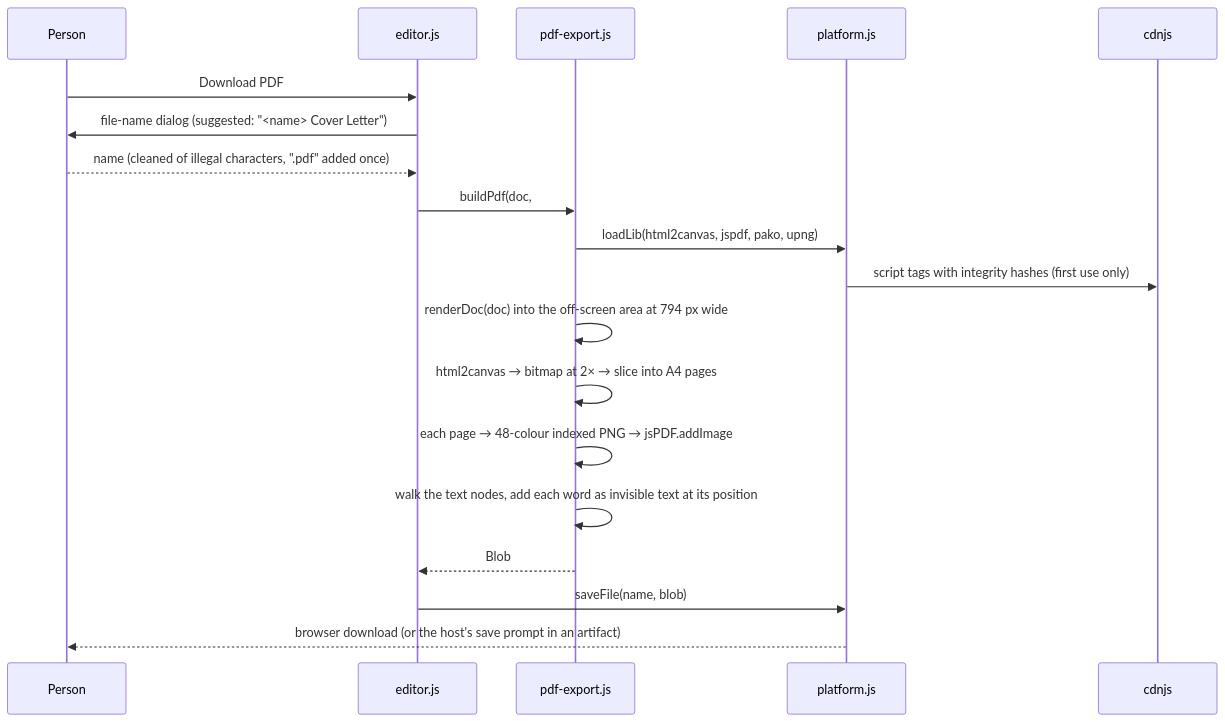
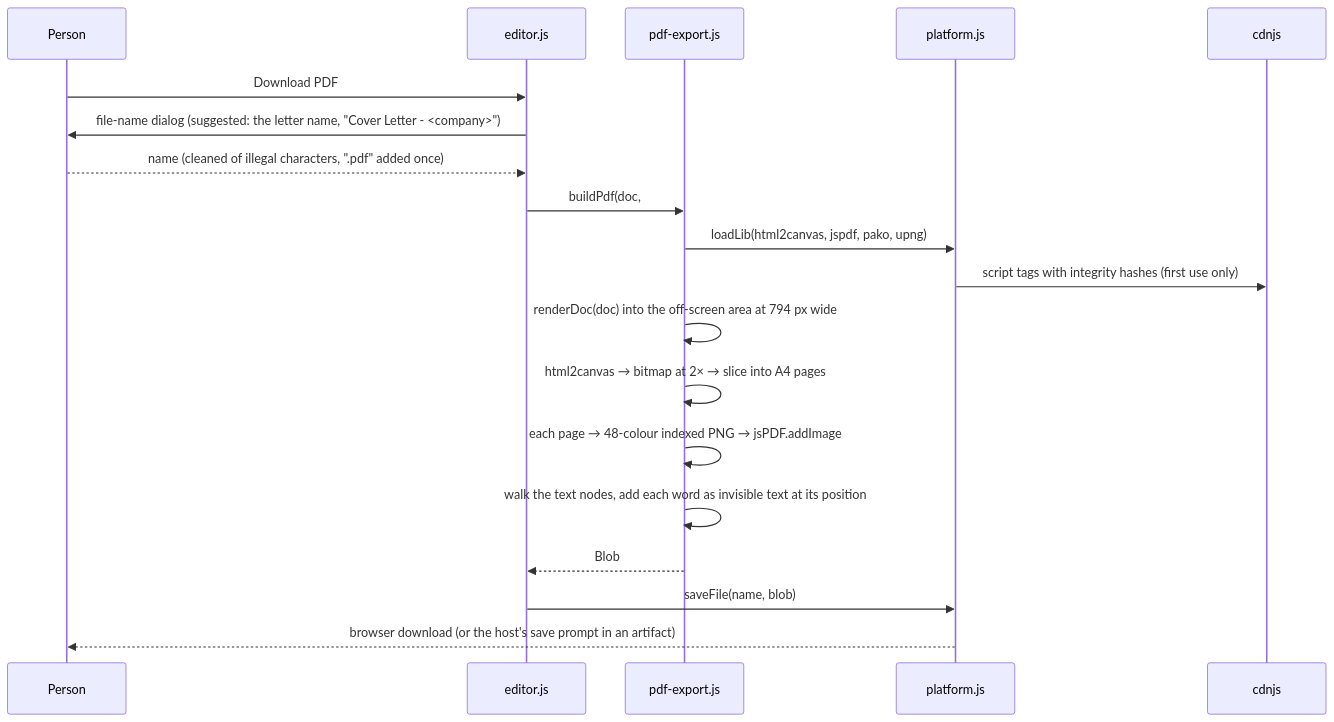
The fourth of 4 diagrams in docs/data-flow.md (GopiKrishnaGummadidala/resume-builder), drawn with Mermaid before and after one commit. The commit also changed 13 other files, not shown here.

````diff
--- a/docs/data-flow.md
+++ b/docs/data-flow.md
@@ -112,21 +112,21 @@
 ```mermaid
 sequenceDiagram
     participant U as Person
     participant E as editor.js
     participant P as pdf-export.js
     participant L as platform.js
     participant C as cdnjs
     U->>E: Download PDF
-    E->>U: file-name dialog (suggested: "<name> Cover Letter")
+    E->>U: file-name dialog (suggested: the letter name, "Cover Letter - <company>")
     U-->>E: name (cleaned of illegal characters, ".pdf" added once)
     E->>P: buildPdf(doc, #print-area, {title})
     P->>L: loadLib(html2canvas, jspdf, pako, upng)
     L->>C: script tags with integrity hashes (first use only)
     P->>P: renderDoc(doc) into the off-screen area at 794 px wide
     P->>P: html2canvas → bitmap at 2× → slice into A4 pages
     P->>P: each page → 48-colour indexed PNG → jsPDF.addImage
     P->>P: walk the text nodes, add each word as invisible text at its position
     P-->>E: Blob
     E->>L: saveFile(name, blob)
     L-->>U: browser download (or the host's save prompt in an artifact)
 ```
````
